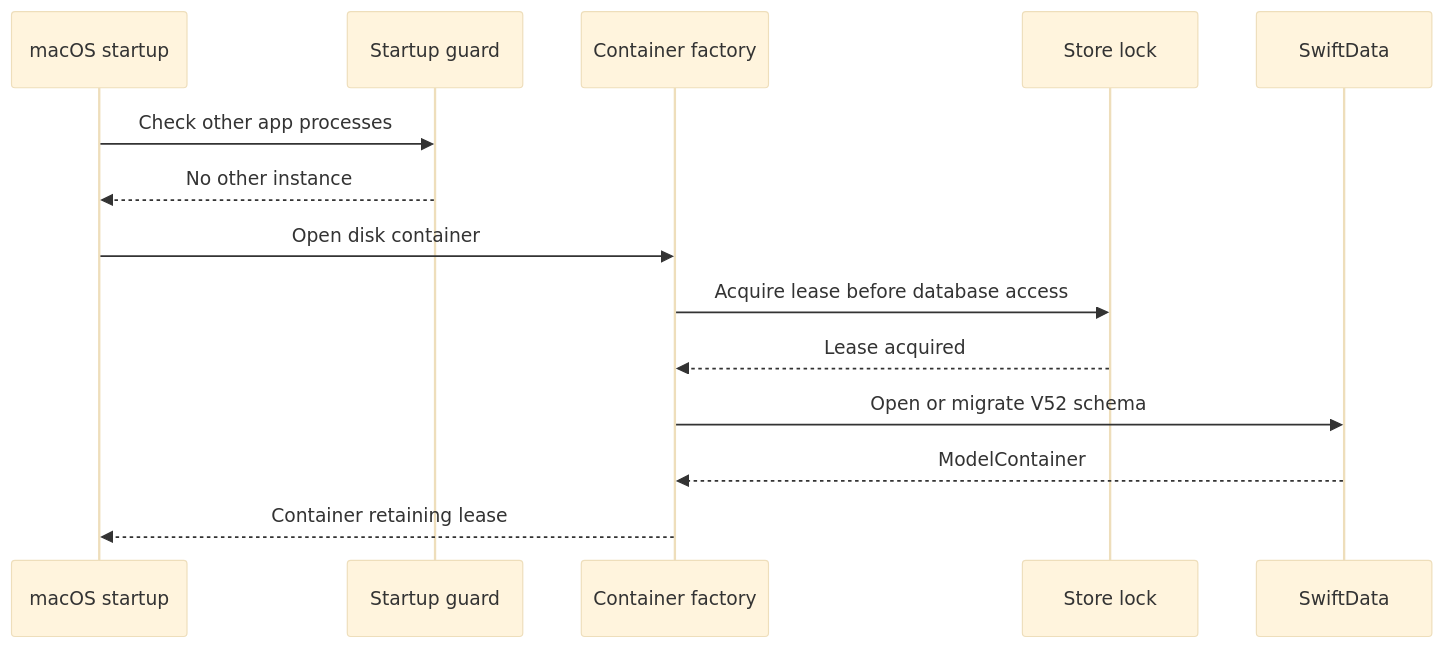
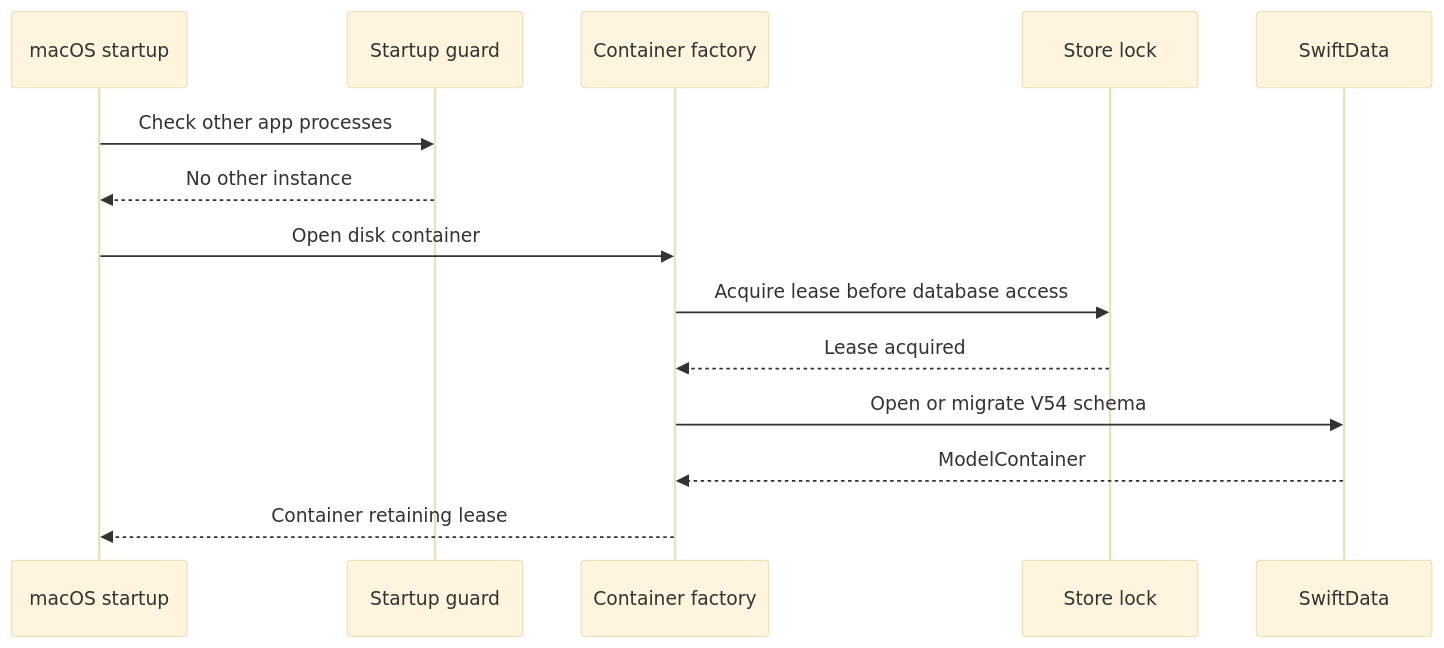
One commit to AkinoKaede/Termind changed the second of 5 diagrams in openwiki/testing/behavioral-boundaries-and-fixtures.md. Above: the diagram before and after it, drawn with Mermaid (base theme). The commit also changed other lines of this file and 65 other files, not shown here.

````diff
--- a/openwiki/testing/behavioral-boundaries-and-fixtures.md
+++ b/openwiki/testing/behavioral-boundaries-and-fixtures.md
@@ -217,16 +215,16 @@
 ```mermaid
 sequenceDiagram
     participant App as macOS startup
     participant Guard as Startup guard
     participant Factory as Container factory
     participant Lock as Store lock
     participant DB as SwiftData
     App->>Guard: Check other app processes
     Guard-->>App: No other instance
     App->>Factory: Open disk container
     Factory->>Lock: Acquire lease before database access
     Lock-->>Factory: Lease acquired
-    Factory->>DB: Open or migrate V52 schema
+    Factory->>DB: Open or migrate V54 schema
     DB-->>Factory: ModelContainer
     Factory-->>App: Container retaining lease
 ```
````
